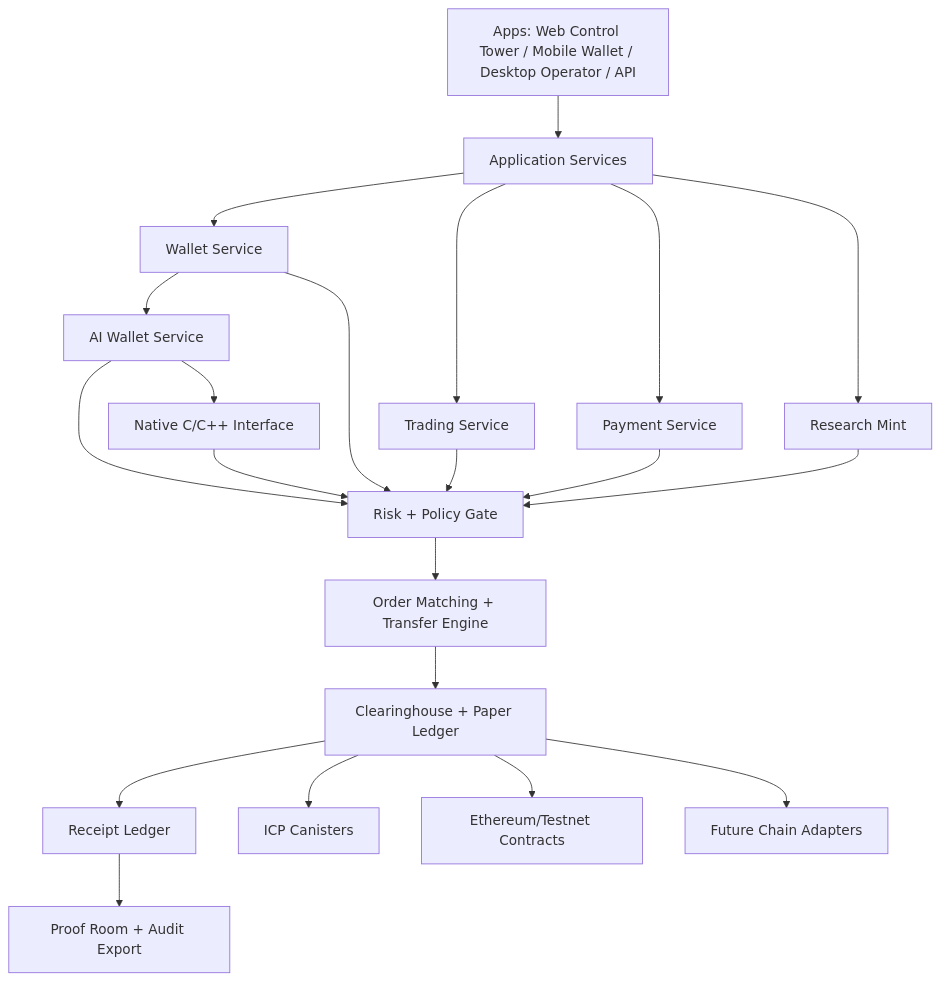
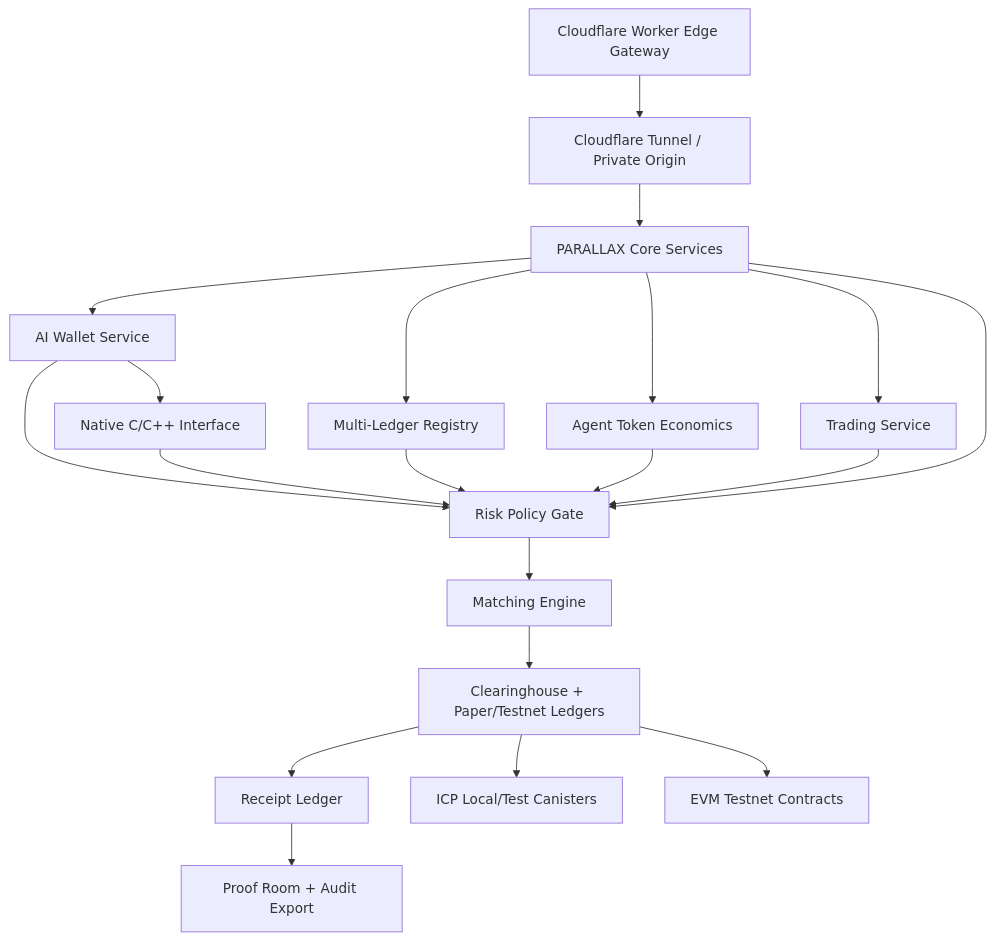
Before and after one commit to ItsNotAILABS/PARALLAX-Exchange-Clearinghouse: the diagram in README.md, drawn with Mermaid. The commit also changed other lines of this file, not shown here.

Commit message:
Document multi-ledger Cloudflare product layer in README

````diff
--- a/README.md
+++ b/README.md
@@ -137,23 +210,22 @@
 ```mermaid
 flowchart TD
-    A[Apps: Web Control Tower / Mobile Wallet / Desktop Operator / API] --> B[Application Services]
-    B --> C[Wallet Service]
-    C --> C2[AI Wallet Service]
-    C2 --> C3[Native C/C++ Interface]
-    B --> D[Trading Service]
-    B --> E[Payment Service]
-    B --> F[Research Mint]
-    C2 --> G[Risk + Policy Gate]
-    C3 --> G
-    C --> G
-    D --> G
-    E --> G
-    F --> G
-    G --> H[Order Matching + Transfer Engine]
-    H --> I[Clearinghouse + Paper Ledger]
-    I --> J[Receipt Ledger]
-    J --> K[Proof Room + Audit Export]
-    I --> L[ICP Canisters]
-    I --> M[Ethereum/Testnet Contracts]
-    I --> N[Future Chain Adapters]
+    A[Cloudflare Worker Edge Gateway] --> B[Cloudflare Tunnel / Private Origin]
+    B --> C[PARALLAX Core Services]
+    C --> D[AI Wallet Service]
+    C --> E[Multi-Ledger Registry]
+    C --> F[Agent Token Economics]
+    C --> G[Trading Service]
+    C --> H[Risk Policy Gate]
+    D --> H
+    E --> H
+    F --> H
+    G --> H
+    H --> I[Matching Engine]
+    I --> J[Clearinghouse + Paper/Testnet Ledgers]
+    J --> K[Receipt Ledger]
+    K --> L[Proof Room + Audit Export]
+    D --> M[Native C/C++ Interface]
+    M --> H
+    J --> N[ICP Local/Test Canisters]
+    J --> O[EVM Testnet Contracts]
 ```
````
